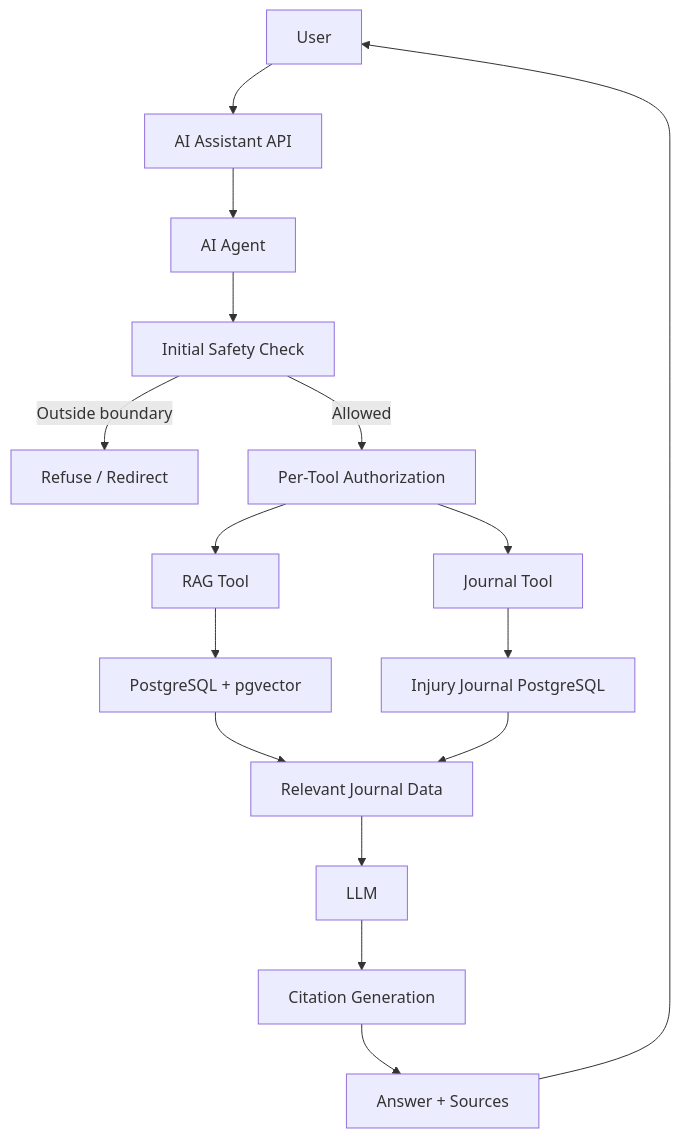
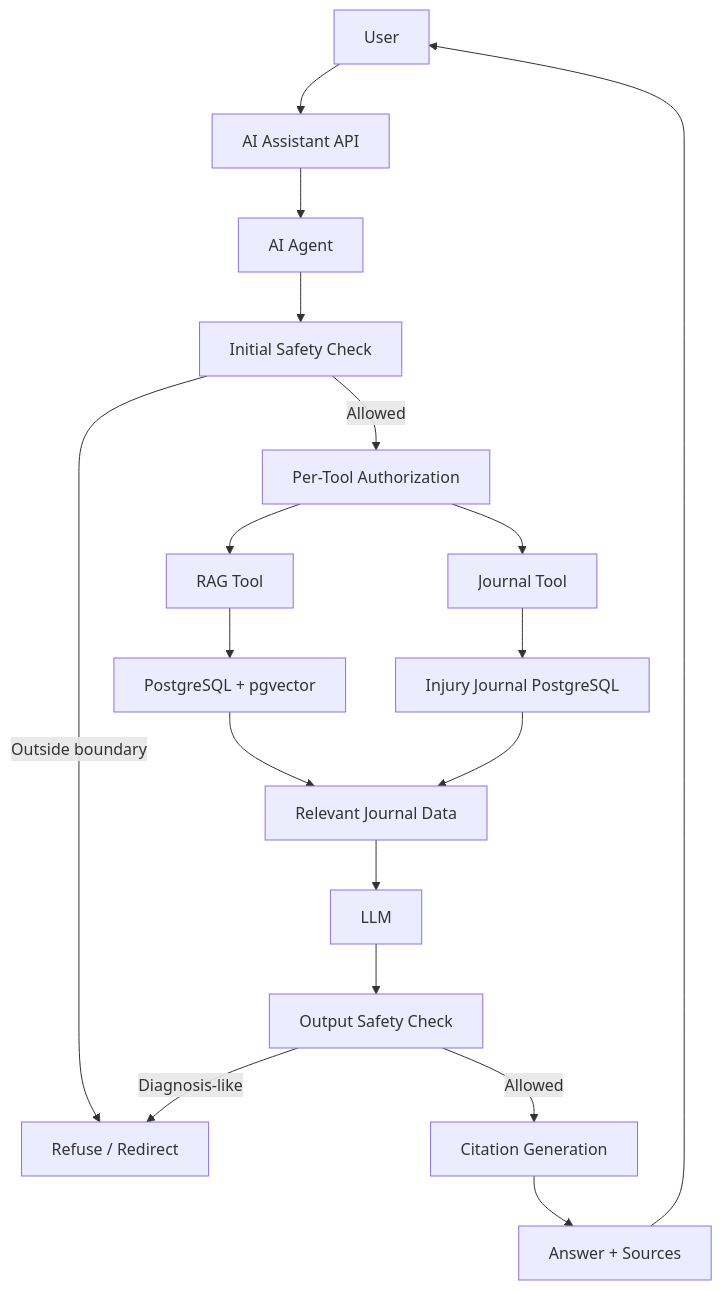
Before and after one commit to sabrahermassi/injury-journal-ai: the sixth of 18 diagrams in docs/02-architecture.md, drawn with Mermaid. The commit also changed other lines of this file and 7 other files, not shown here.

First line of the commit message:
feat: add output-side safety check for LLM-generated answers (#114)

````diff
--- a/docs/02-architecture.md
+++ b/docs/02-architecture.md
@@ -177,25 +177,27 @@
 ```mermaid
 flowchart TD
     U["User"] --> API["AI Assistant API"]
     API --> A["AI Agent"]
 
     A --> S["Initial Safety Check"]
 
     S -->|Outside boundary| REF["Refuse / Redirect"]
     S -->|Allowed| AUTH["Per-Tool Authorization"]
 
     AUTH --> R["RAG Tool"]
     AUTH --> J["Journal Tool"]
 
     R --> V["PostgreSQL + pgvector"]
     J --> DB["Injury Journal PostgreSQL"]
 
     V --> DATA["Relevant Journal Data"]
     DB --> DATA
 
     DATA --> G["LLM"]
-    G --> CV["Citation Generation"]
+    G --> OSC["Output Safety Check"]
+    OSC -->|Allowed| CV["Citation Generation"]
+    OSC -->|Diagnosis-like| REF
     CV --> OUT["Answer + Sources"]
 
     OUT --> U
 ```
````
